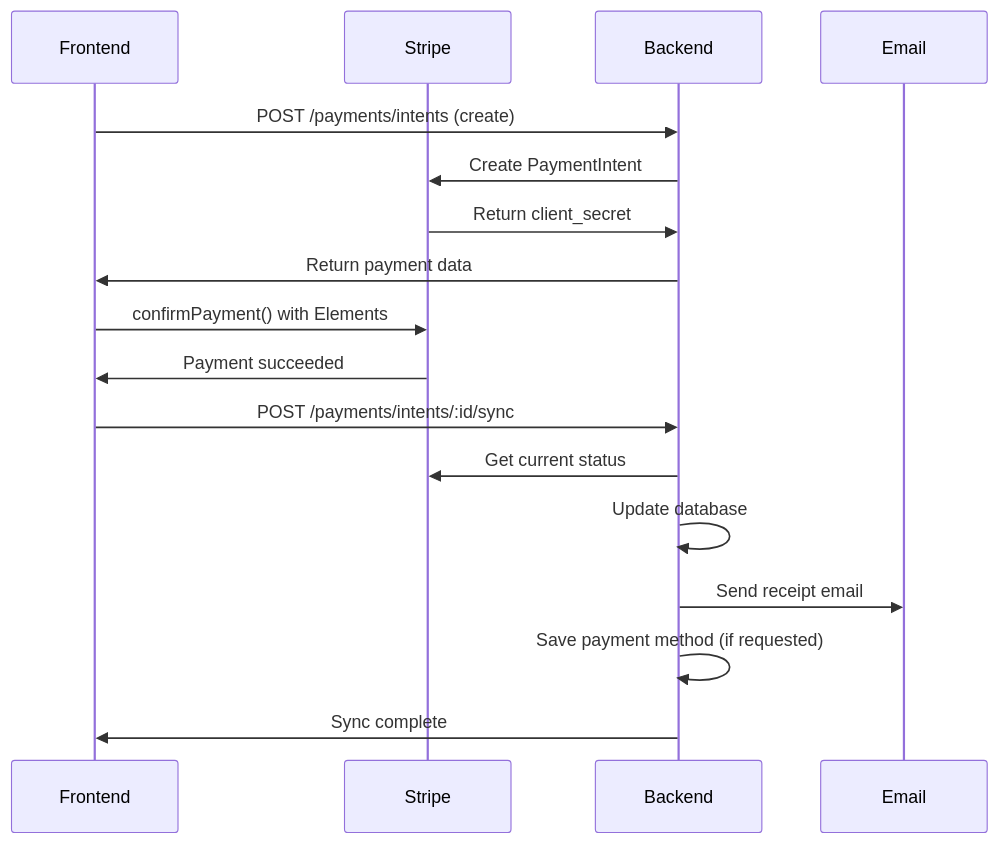
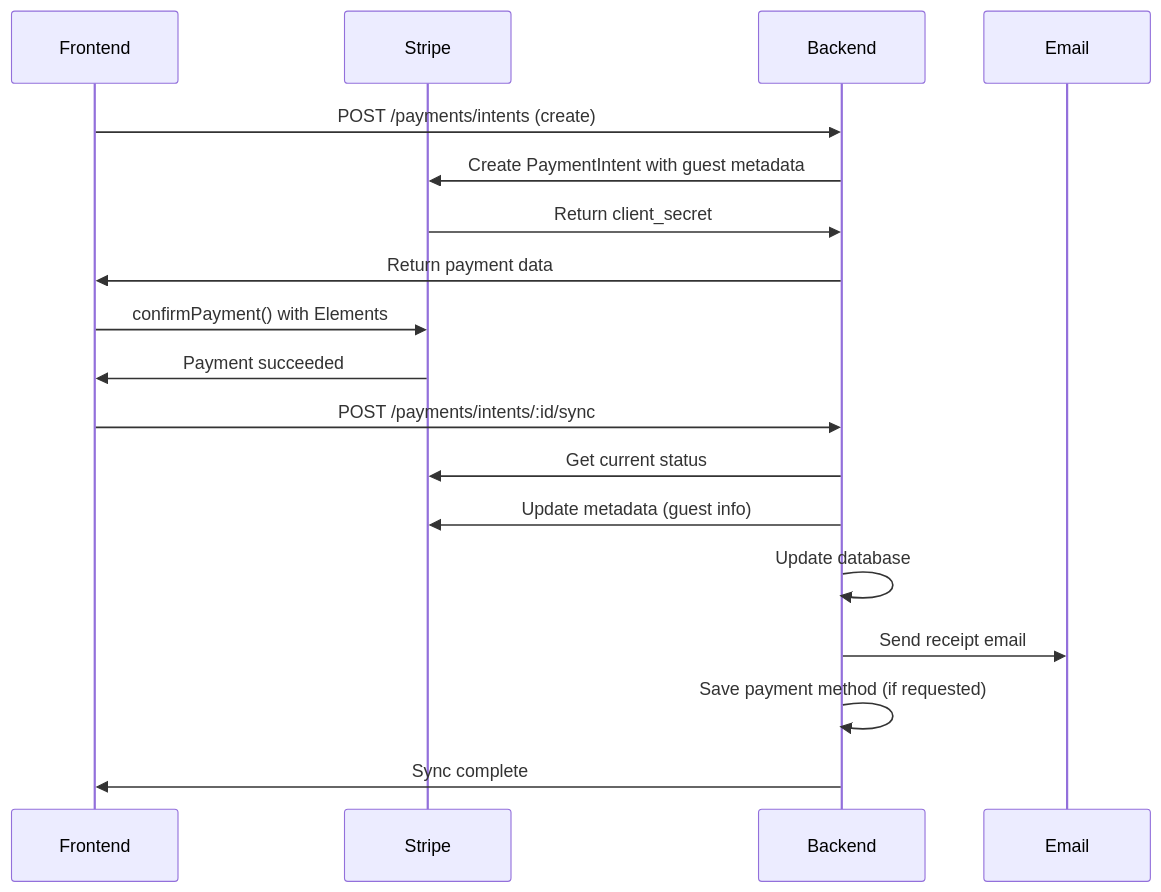
Before and after one commit to pubflow/flowfull-node: the second of 2 diagrams in live-docs/payments-api.md, drawn with Mermaid. The commit also changed other lines of this file and 23 other files, not shown here.

Commit message:
Subscription improvements, admin products route & new subscription schema for better tracking -concept

````diff
--- a/live-docs/payments-api.md
+++ b/live-docs/payments-api.md
@@ -758,22 +788,23 @@
 ```mermaid
 sequenceDiagram
     participant Frontend
     participant Stripe
     participant Backend
     participant Email
 
     Frontend->>Backend: POST /payments/intents (create)
-    Backend->>Stripe: Create PaymentIntent
+    Backend->>Stripe: Create PaymentIntent with guest metadata
     Stripe->>Backend: Return client_secret
     Backend->>Frontend: Return payment data
 
     Frontend->>Stripe: confirmPayment() with Elements
     Stripe->>Frontend: Payment succeeded
 
     Frontend->>Backend: POST /payments/intents/:id/sync
     Backend->>Stripe: Get current status
+    Backend->>Stripe: Update metadata (guest info)
     Backend->>Backend: Update database
     Backend->>Email: Send receipt email
     Backend->>Backend: Save payment method (if requested)
     Backend->>Frontend: Sync complete
 ```
````
